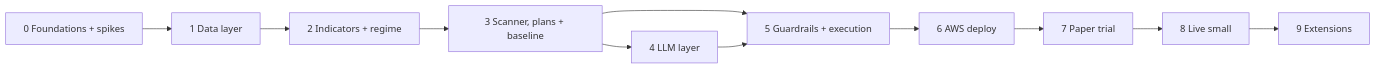
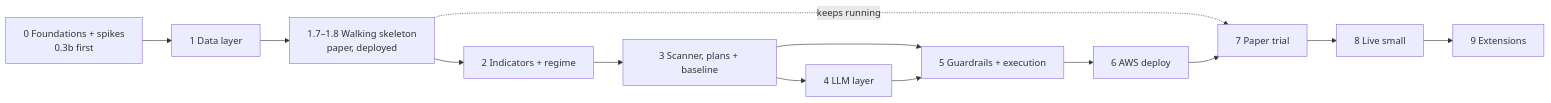
Before and after one commit to Dima252/AuraTrade: the diagram in docs/execution-plan.md, drawn with Mermaid. The commit also changed other lines of this file and 2 other files, not shown here.

````diff
--- a/docs/execution-plan.md
+++ b/docs/execution-plan.md
@@ -516,13 +631,15 @@
 ```mermaid
 flowchart LR
-    P0[0 Foundations + spikes] --> P1[1 Data layer]
-    P1 --> P2[2 Indicators + regime]
+    P0[0 Foundations + spikes<br/>0.3b first] --> P1[1 Data layer]
+    P1 --> SK[1.7–1.8 Walking skeleton<br/>paper, deployed]
+    SK -. keeps running .-> P7
+    SK --> P2[2 Indicators + regime]
     P2 --> P3[3 Scanner, plans + baseline]
     P3 --> P4[4 LLM layer]
     P3 --> P5[5 Guardrails + execution]
     P4 --> P5
     P5 --> P6[6 AWS deploy]
     P6 --> P7[7 Paper trial]
     P7 --> P8[8 Live small]
     P8 --> P9[9 Extensions]
 ```
````
